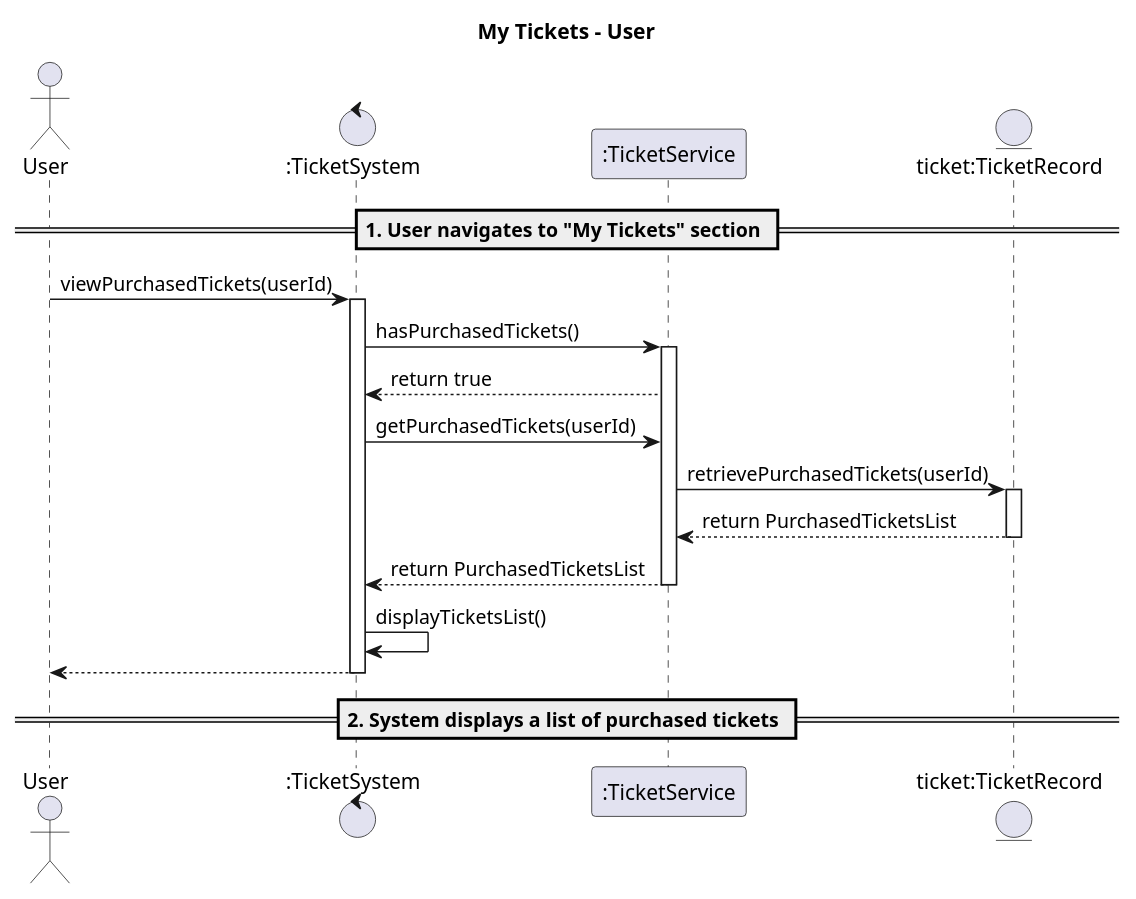
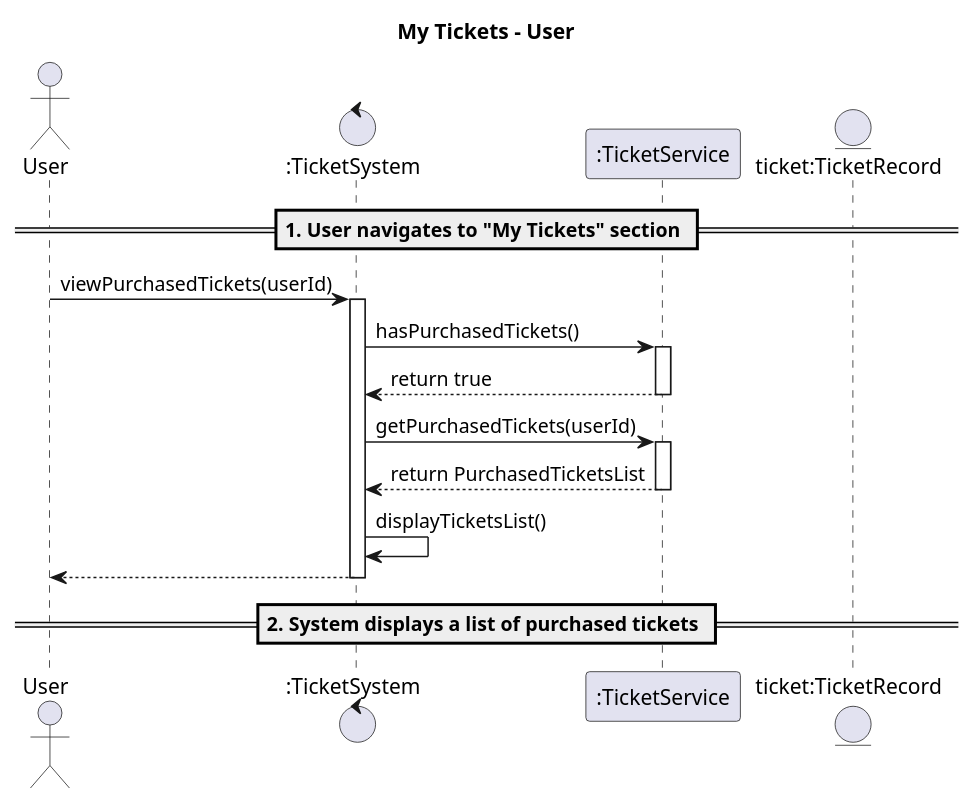
The diagram in 02-analysis/MyTickets.puml (mrle0429/Event-Management-System), drawn with PlantUML before and after one commit. The commit also changed 2 other files, not shown here.

```diff
--- a/02-analysis/MyTickets.puml
+++ b/02-analysis/MyTickets.puml
@@ -1,26 +1,24 @@
 @startuml
 title My Tickets - User
 
 actor User
 control ":TicketSystem" as UD
 participant ":TicketService" as TS
 entity "ticket:TicketRecord" as ticket
 
 == 1. User navigates to "My Tickets" section ==
 User -> UD : viewPurchasedTickets(userId)
 activate UD
 UD -> TS : hasPurchasedTickets()
 activate TS
 TS --> UD : return true
+deactivate TS
 UD -> TS : getPurchasedTickets(userId)
-TS -> ticket : retrievePurchasedTickets(userId)
-activate ticket
-ticket --> TS : return PurchasedTicketsList
-deactivate ticket
+activate TS
 TS --> UD : return PurchasedTicketsList
 deactivate TS
 UD -> UD : displayTicketsList()
 UD --> User :
 deactivate UD
 == 2. System displays a list of purchased tickets ==
 @enduml
```
